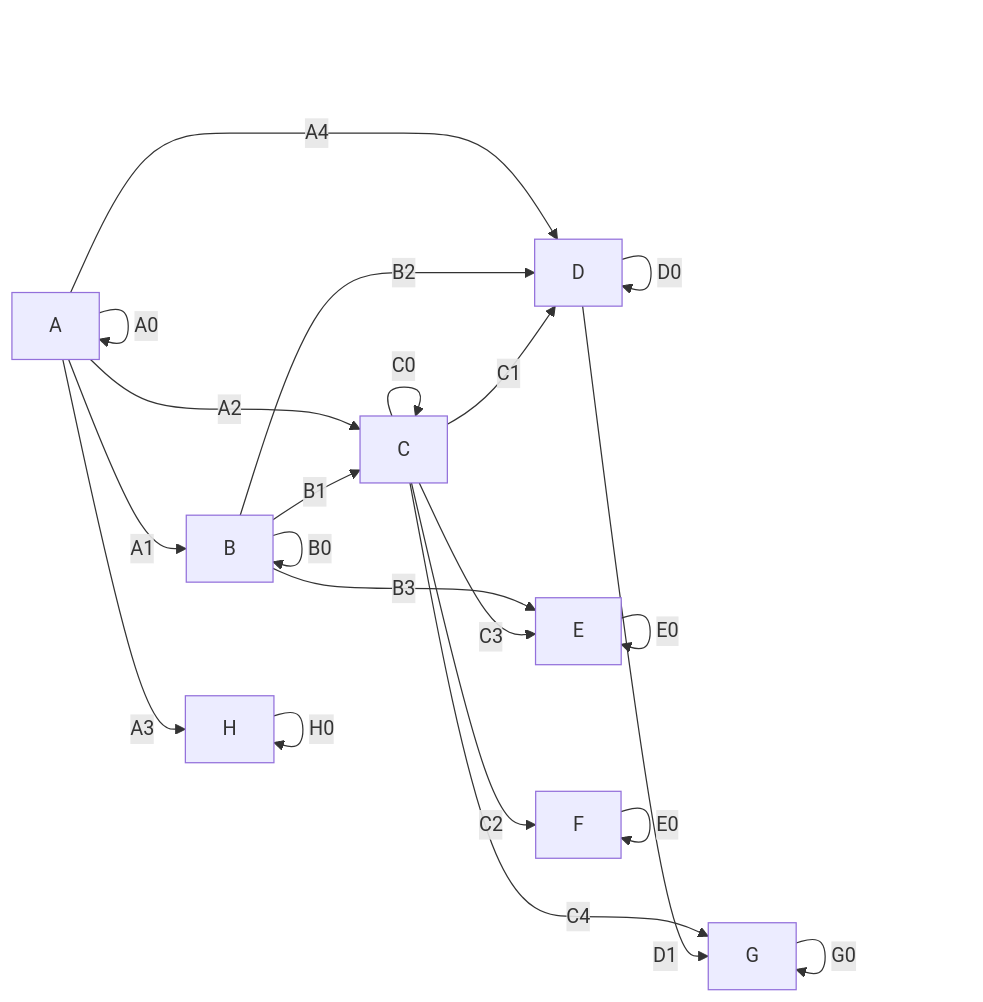
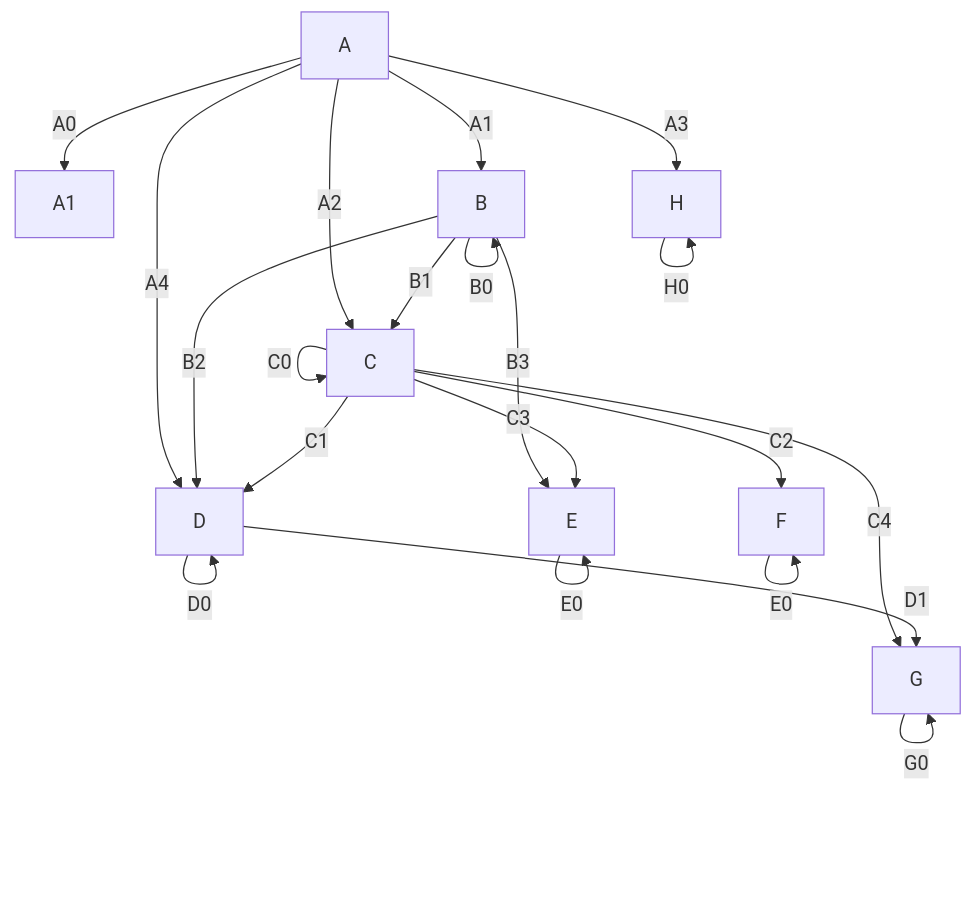
One commit to pyuzi/uzi changed the second of 2 diagrams in docs/basic_usage.md. Above: the diagram before and after it, drawn with Mermaid. The commit also changed other lines of this file and 17 other files, not shown here.

Commit message:
ioc graphs

````diff
--- a/docs/basic_usage.md
+++ b/docs/basic_usage.md
@@ -16,28 +54,29 @@
 ``` mermaid
-graph LR
-    A --> |A0| A;
-    A --> |A1| B;
-    A --> |A2| C;
-    A --> |A3| H;
-    A --> |A4| D;
+graph TB
 
-    B --> |B0| B;
-    B --> |B1| C;
-    B --> |B2| D;
-    B --> |B3| E;
+    A --> |A0| A1
+    A --> |A1| B
+    A --> |A2| C
+    A --> |A3| H
+    A --> |A4| D
+
+    B --> |B0| B
+    B --> |B1| C
+    B --> |B2| D
+    B --> |B3| E
 
     C --> |C0| C;
     C --> |C1| D;
     C --> |C2| F;
     C --> |C3| E;
     C --> |C4| G;
 
     D --> |D0| D;
     D --> |D1| G;
 
     E --> |E0| E;
     F --> |E0| F;
     G --> |G0| G;
     H --> |H0| H;
 
 ```
````
